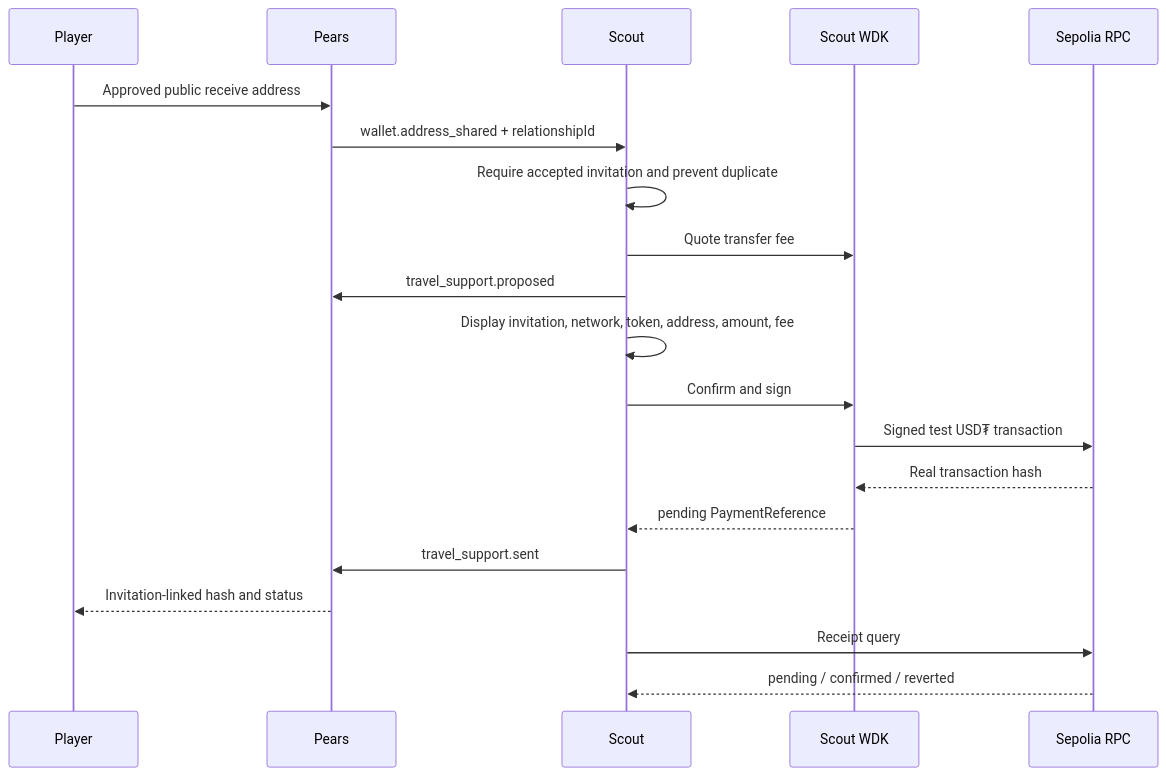
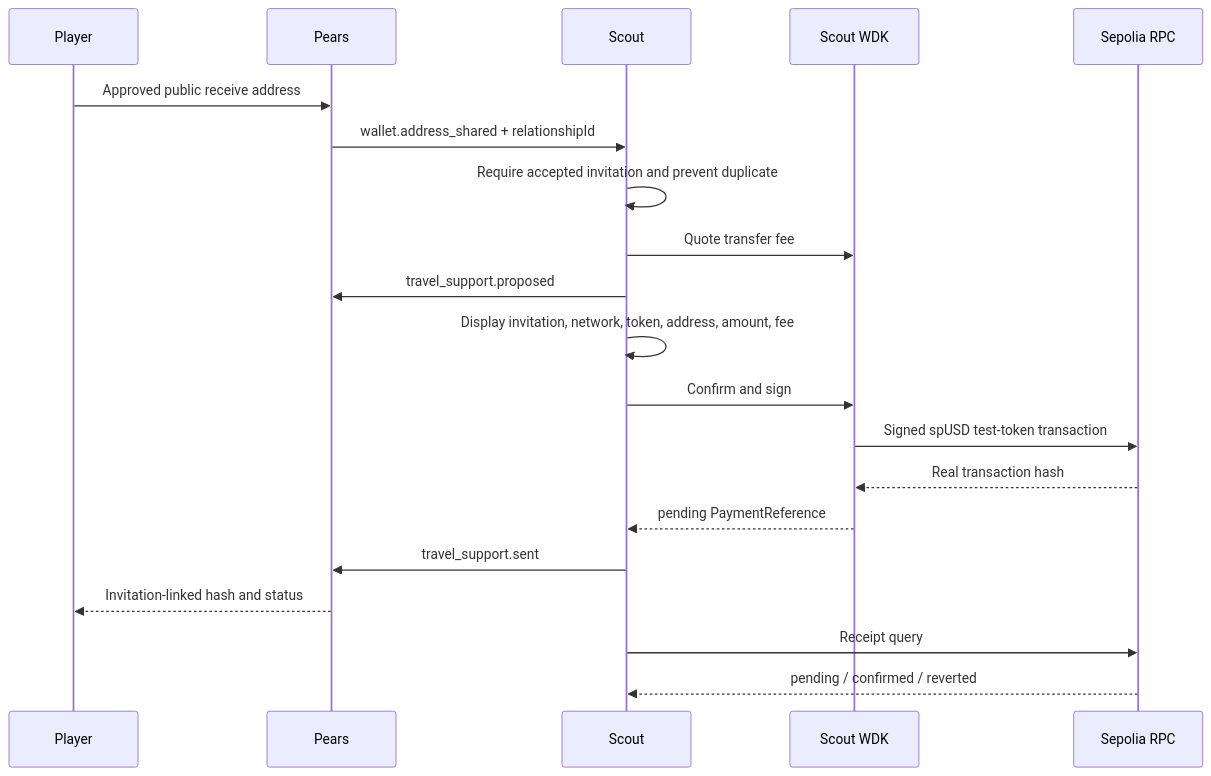
The fourth of 4 diagrams in docs/architecture.md (emirykl/scoutpass), drawn with Mermaid before and after one commit. The commit also changed other lines of this file and 30 other files, not shown here.

Commit message:
feat: complete end-to-end desktop demo flow

````diff
--- a/docs/architecture.md
+++ b/docs/architecture.md
@@ -94,23 +94,23 @@
 ```mermaid
 sequenceDiagram
   participant P as Player
   participant PP as Pears
   participant S as Scout
   participant W as Scout WDK
   participant R as Sepolia RPC
 
   P->>PP: Approved public receive address
   PP->>S: wallet.address_shared + relationshipId
   S->>S: Require accepted invitation and prevent duplicate
   S->>W: Quote transfer fee
   S->>PP: travel_support.proposed
   S->>S: Display invitation, network, token, address, amount, fee
   S->>W: Confirm and sign
-  W->>R: Signed test USD₮ transaction
+  W->>R: Signed spUSD test-token transaction
   R-->>W: Real transaction hash
   W-->>S: pending PaymentReference
   S->>PP: travel_support.sent
   PP-->>P: Invitation-linked hash and status
   S->>R: Receipt query
   R-->>S: pending / confirmed / reverted
 ```
````
